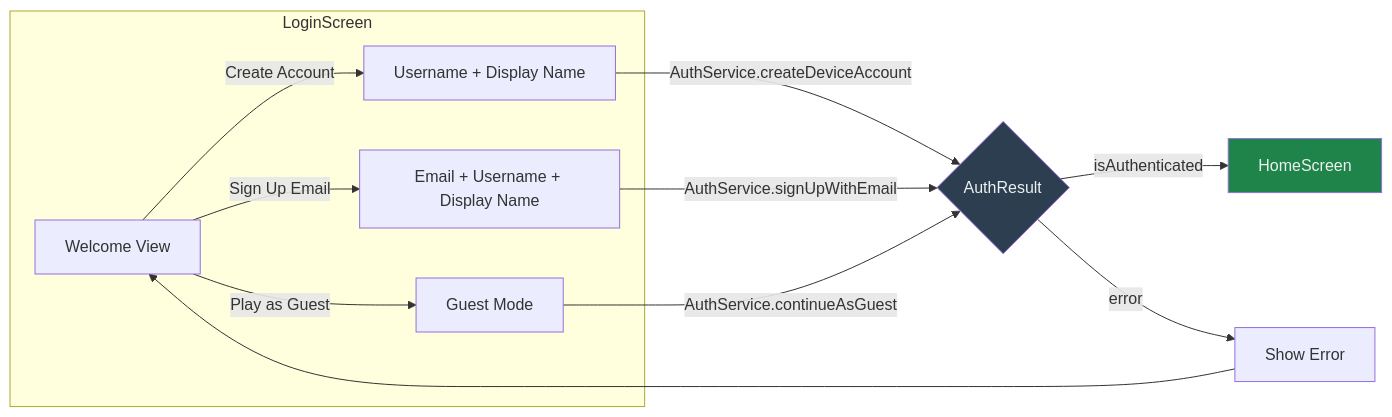
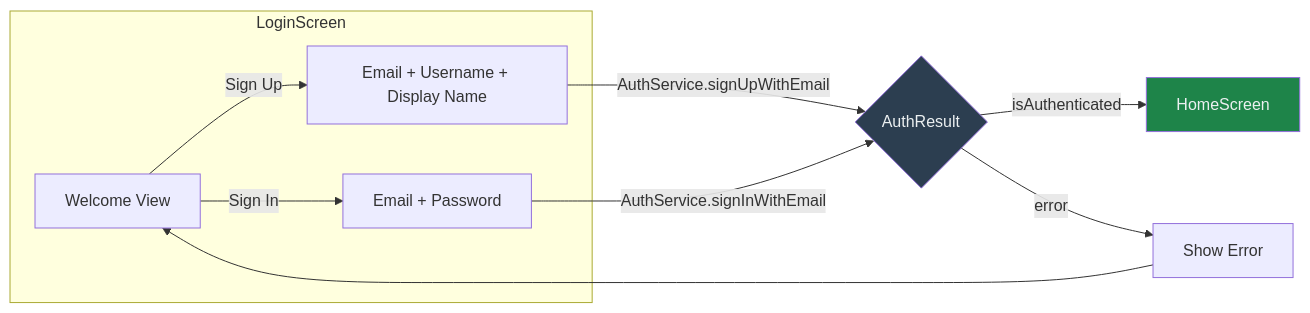
The second of 8 diagrams in ARCHITECTURE.md (JamieMBright/flit), drawn with Mermaid before and after one commit. The commit also changed other lines of this file and 5 other files, not shown here.

First line of the commit message:
feat: remove guest mode — all players must have accounts

````diff
--- a/ARCHITECTURE.md
+++ b/ARCHITECTURE.md
@@ -58,19 +57,17 @@
 ```mermaid
 graph LR
     subgraph LoginScreen
-        W[Welcome View] -->|Create Account| CA[Username + Display Name]
-        W -->|Sign Up Email| ES[Email + Username + Display Name]
-        W -->|Play as Guest| GU[Guest Mode]
+        W[Welcome View] -->|Sign Up| ES[Email + Username + Display Name]
+        W -->|Sign In| SI[Email + Password]
     end
 
-    CA -->|AuthService.createDeviceAccount| AUTH{AuthResult}
-    ES -->|AuthService.signUpWithEmail| AUTH
-    GU -->|AuthService.continueAsGuest| AUTH
+    ES -->|AuthService.signUpWithEmail| AUTH{AuthResult}
+    SI -->|AuthService.signInWithEmail| AUTH
 
     AUTH -->|isAuthenticated| HOME[HomeScreen]
     AUTH -->|error| ERR[Show Error]
     ERR --> W
 
     style HOME fill:#1E8449,color:#ECF0F1
     style AUTH fill:#2C3E50,color:#ECF0F1
 ```
````
